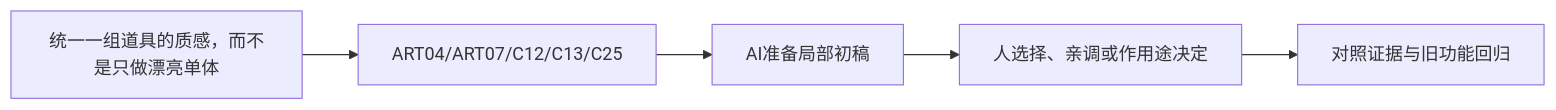
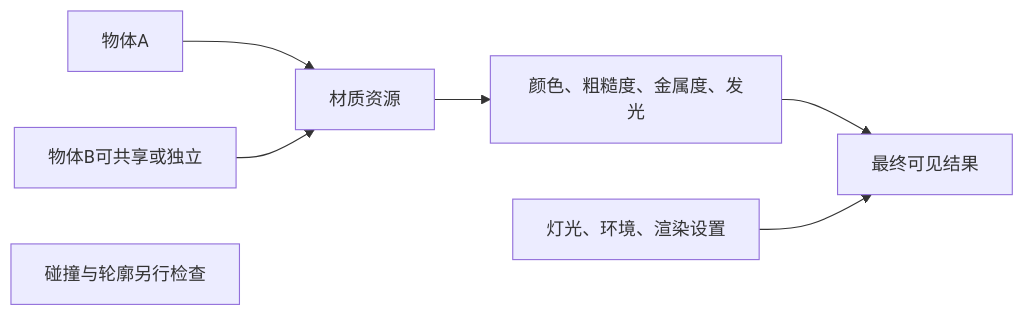
Before and after one commit to Zilur/ai-3d-game-learning: the diagram in curriculum/lessons/R06.md, drawn with Mermaid. The commit also changed other lines of this file and 164 other files, not shown here.

Commit message:
docs: publish 47 step-by-step AI lesson flows, world upgrade and optional training corner

````diff
--- a/curriculum/lessons/R06.md
+++ b/curriculum/lessons/R06.md
@@ -38,7 +35,9 @@
 ```mermaid
 flowchart LR
-  S["统一一组道具的质感，而不是只做漂亮单体"] --> K["ART04/ART07/C12/C13/C25"]
-  K --> AI["AI准备局部初稿"]
-  AI --> H["人选择、亲调或作用途决定"]
-  H --> V["对照证据与旧功能回归"]
+ A["物体A"] --> R["材质资源"]
+ B["物体B可共享或独立"] --> R
+ R --> P["颜色、粗糙度、金属度、发光"]
+ P --> V["最终可见结果"]
+ L["灯光、环境、渲染设置"] --> V
+ C["碰撞与轮廓另行检查"]
 ```
````
